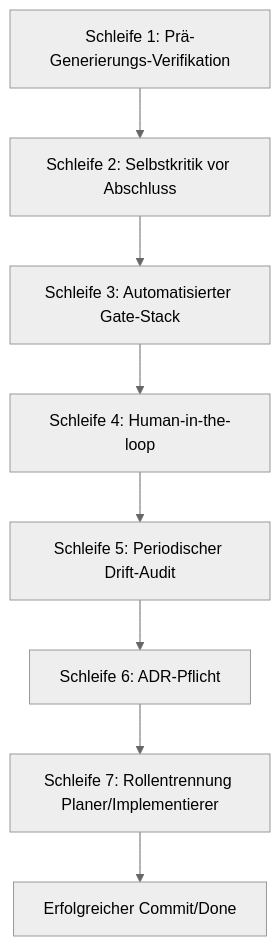
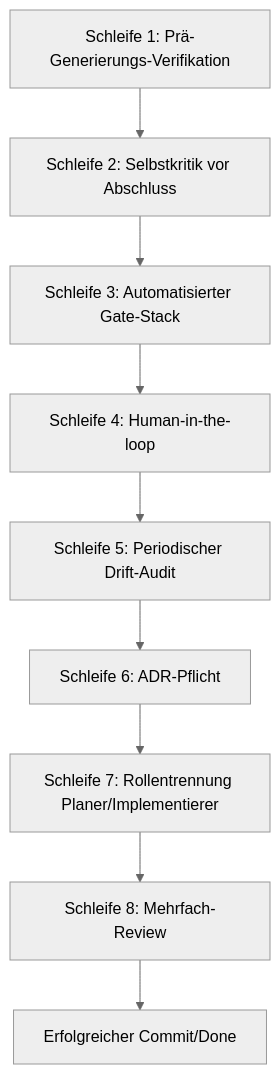
One commit to tfufuz1/memfuse changed the diagram in rules/llm_protocol.md. Above: the diagram before and after it, drawn with Mermaid (neutral theme). The commit also changed other lines of this file and 17 other files, not shown here.

````diff
--- a/rules/llm_protocol.md
+++ b/rules/llm_protocol.md
@@ -10,10 +10,11 @@
 ```mermaid
 graph TD
     A[Schleife 1: Prä-Generierungs-Verifikation] --> B[Schleife 2: Selbstkritik vor Abschluss]
     B --> C[Schleife 3: Automatisierter Gate-Stack]
     C --> D[Schleife 4: Human-in-the-loop]
     D --> E[Schleife 5: Periodischer Drift-Audit]
     E --> F[Schleife 6: ADR-Pflicht]
     F --> G[Schleife 7: Rollentrennung Planer/Implementierer]
-    G --> H[Erfolgreicher Commit/Done]
+    G --> H[Schleife 8: Mehrfach-Review]
+    H --> I[Erfolgreicher Commit/Done]
 ```
````
